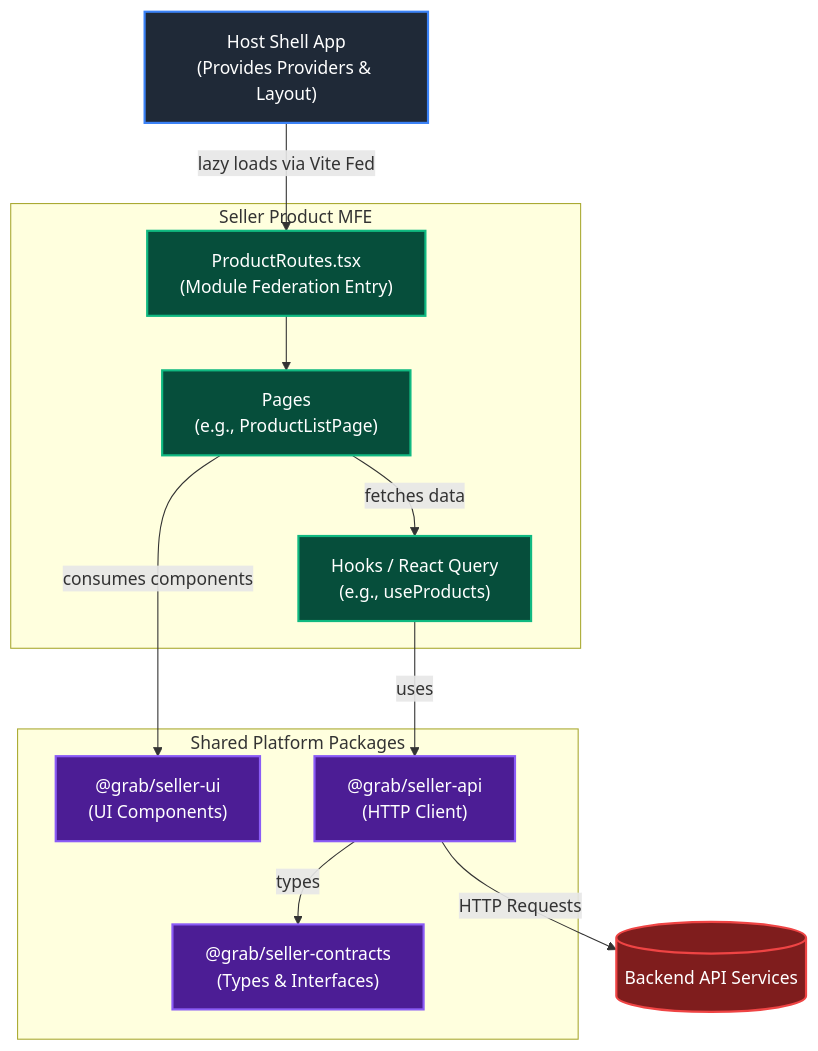
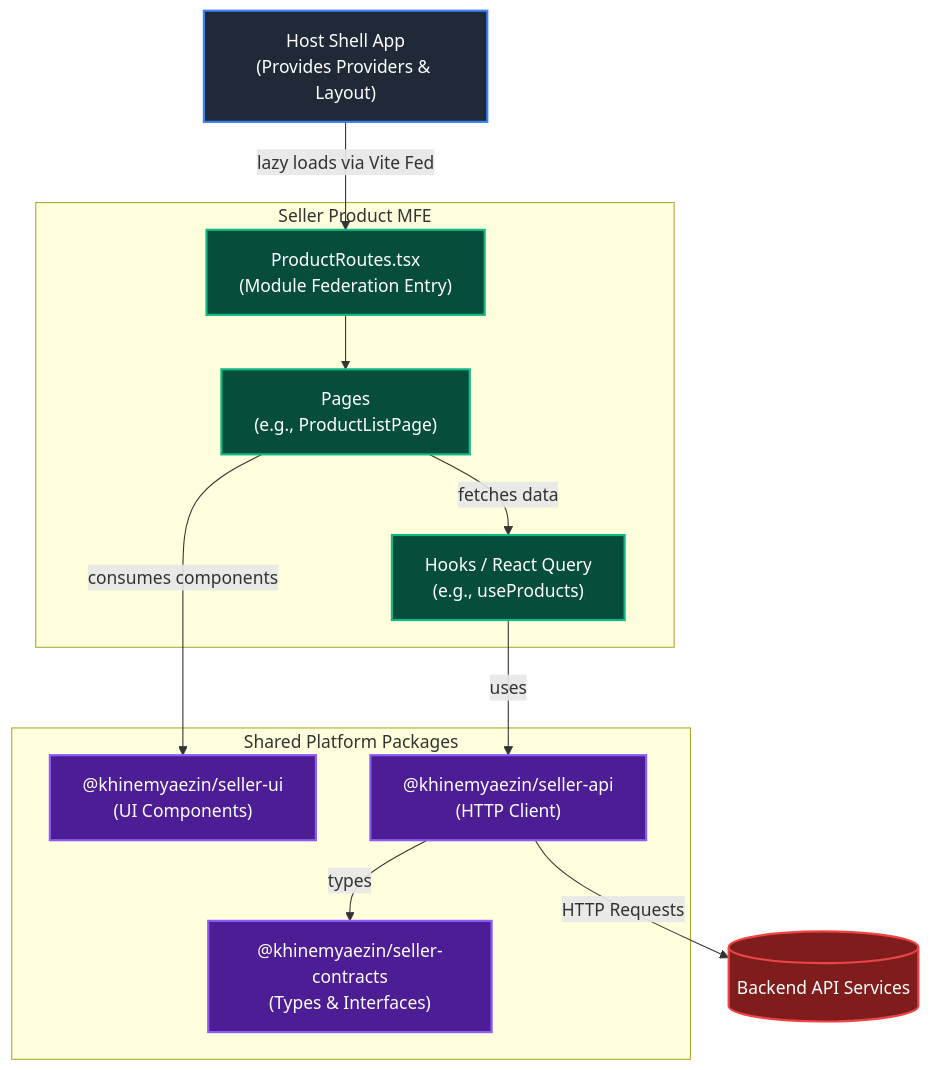
One commit to khinemyaezin/grab-seller-product changed the diagram in README.md. Above: the diagram before and after it, drawn with Mermaid. The commit also changed 39 other files, not shown here.

Commit message:
refactor: migrate @grab package scopes to @khinemyaezin and implement product link context providers

````diff
--- a/README.md
+++ b/README.md
@@ -41,34 +41,34 @@
 ```mermaid
 graph TD
     %% Define styles
     classDef shell fill:#1f2937,stroke:#3b82f6,stroke-width:2px,color:#fff
     classDef mfe fill:#064e3b,stroke:#10b981,stroke-width:2px,color:#fff
     classDef shared fill:#4c1d95,stroke:#8b5cf6,stroke-width:2px,color:#fff
     classDef backend fill:#7f1d1d,stroke:#ef4444,stroke-width:2px,color:#fff
 
     %% Nodes
     HostShell["Host Shell App\n(Provides Providers & Layout)"]:::shell
     
     subgraph Seller Product MFE
         Routes["ProductRoutes.tsx\n(Module Federation Entry)"]:::mfe
         Pages["Pages\n(e.g., ProductListPage)"]:::mfe
         Hooks["Hooks / React Query\n(e.g., useProducts)"]:::mfe
     end
 
     subgraph Shared Platform Packages
-        UI["@grab/seller-ui\n(UI Components)"]:::shared
-        API["@grab/seller-api\n(HTTP Client)"]:::shared
-        Contracts["@grab/seller-contracts\n(Types & Interfaces)"]:::shared
+        UI["@khinemyaezin/seller-ui\n(UI Components)"]:::shared
+        API["@khinemyaezin/seller-api\n(HTTP Client)"]:::shared
+        Contracts["@khinemyaezin/seller-contracts\n(Types & Interfaces)"]:::shared
     end
     
     BackendServer[("Backend API Services")]:::backend
 
     %% Relationships
     HostShell -- "lazy loads via Vite Fed" --> Routes
     Routes --> Pages
     Pages -- "consumes components" --> UI
     Pages -- "fetches data" --> Hooks
     Hooks -- "uses" --> API
     API -- "types" --> Contracts
     API -- "HTTP Requests" --> BackendServer
 ```
````
